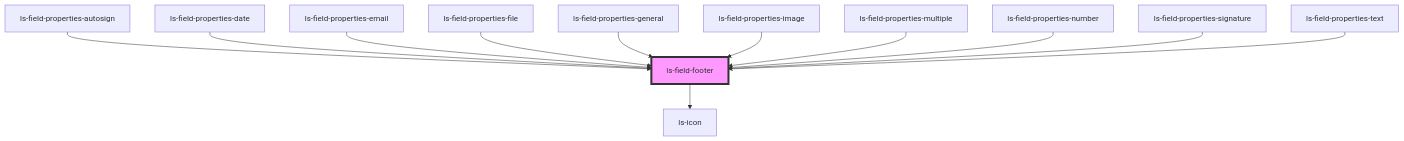
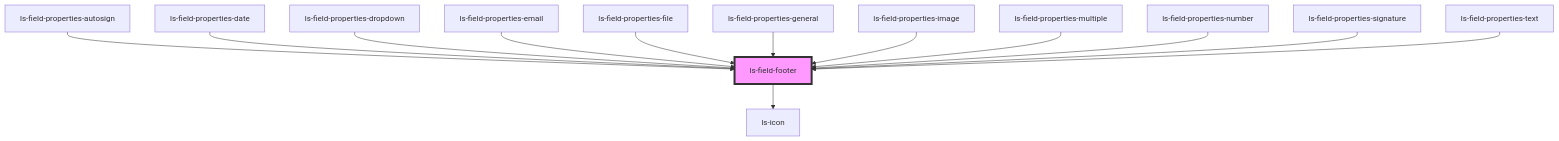
One commit to legalesign/ls-document-viewer changed the diagram in src/components/ls-field-footer/readme.md. Above: the diagram before and after it, drawn with Mermaid. The commit also changed other lines of this file and 27 other files, not shown here.

````diff
--- a/src/components/ls-field-footer/readme.md
+++ b/src/components/ls-field-footer/readme.md
@@ -43,15 +44,16 @@
 ```mermaid
 graph TD;
   ls-field-footer --> ls-icon
   ls-field-properties-autosign --> ls-field-footer
   ls-field-properties-date --> ls-field-footer
+  ls-field-properties-dropdown --> ls-field-footer
   ls-field-properties-email --> ls-field-footer
   ls-field-properties-file --> ls-field-footer
   ls-field-properties-general --> ls-field-footer
   ls-field-properties-image --> ls-field-footer
   ls-field-properties-multiple --> ls-field-footer
   ls-field-properties-number --> ls-field-footer
   ls-field-properties-signature --> ls-field-footer
   ls-field-properties-text --> ls-field-footer
   style ls-field-footer fill:#f9f,stroke:#333,stroke-width:4px
 ```
````
